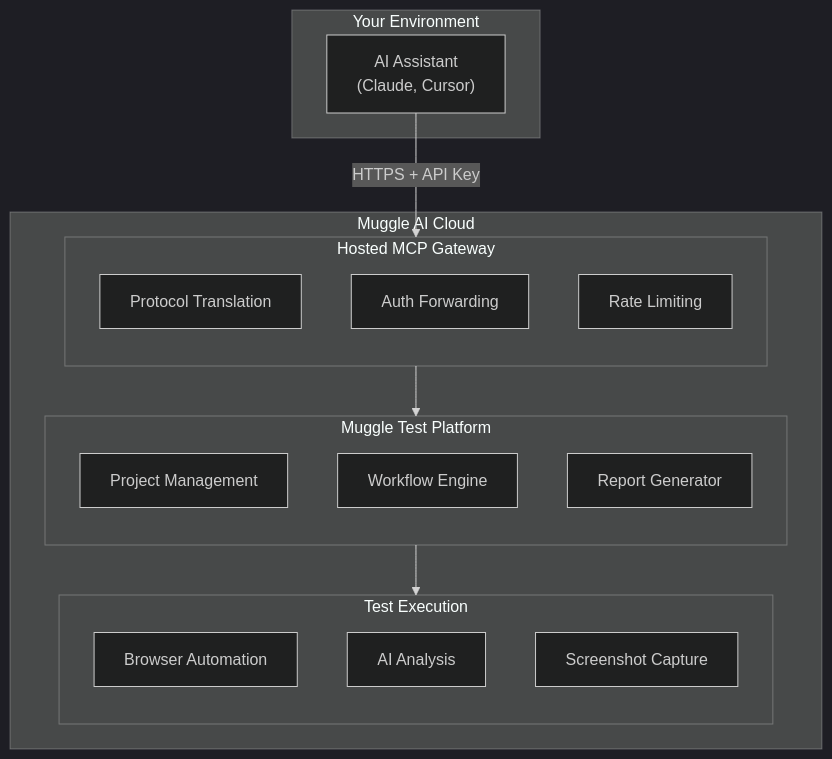
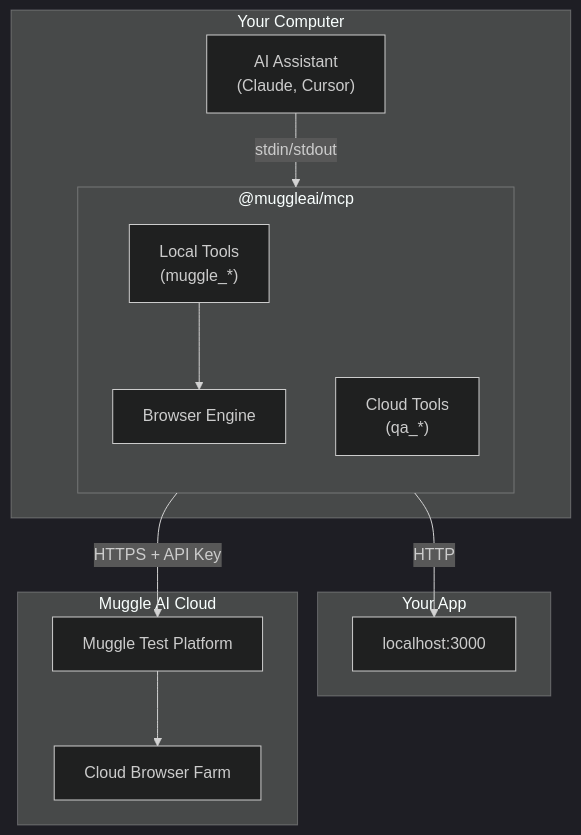
The first of 7 diagrams in mcp/mcp-concepts.md (multiplex-ai/muggle-ai-docs), drawn with Mermaid (dark theme) before and after one commit. The commit also changed other lines of this file and 9 other files, not shown here.

````diff
--- a/mcp/mcp-concepts.md
+++ b/mcp/mcp-concepts.md
@@ -11,33 +11,27 @@
 ```mermaid
 flowchart TB
-    subgraph env["Your Environment"]
+    subgraph env["Your Computer"]
         client["AI Assistant<br/>(Claude, Cursor)"]
+        subgraph mcp["@muggleai/mcp"]
+            direction TB
+            local["Local Tools<br/>(muggle_*)"]
+            cloud["Cloud Tools<br/>(qa_*)"]
+            browser["Browser Engine"]
+        end
+        client -->|"stdin/stdout"| mcp
+        local --> browser
     end
 
-    subgraph cloud["Muggle AI Cloud"]
-        subgraph gateway["Hosted MCP Gateway"]
-            direction TB
-            proto["Protocol Translation"]
-            auth["Auth Forwarding"]
-            rate["Rate Limiting"]
-        end
-
-        subgraph platform["Muggle Test Platform"]
-            direction TB
-            proj["Project Management"]
-            workflow["Workflow Engine"]
-            report["Report Generator"]
-        end
-
-        subgraph exec["Test Execution"]
-            direction TB
-            browser["Browser Automation"]
-            ai["AI Analysis"]
-            screenshot["Screenshot Capture"]
-        end
+    subgraph app["Your App"]
+        localhost["localhost:3000"]
     end
 
-    client -->|"HTTPS + API Key"| gateway
-    gateway --> platform
-    platform --> exec
+    subgraph cloudEnv["Muggle AI Cloud"]
+        platform["Muggle Test Platform"]
+        cloudBrowser["Cloud Browser Farm"]
+    end
+
+    browser -->|"HTTP"| localhost
+    cloud -->|"HTTPS + API Key"| platform
+    platform --> cloudBrowser
 ```
````
